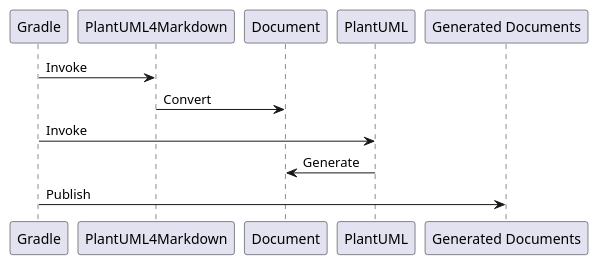
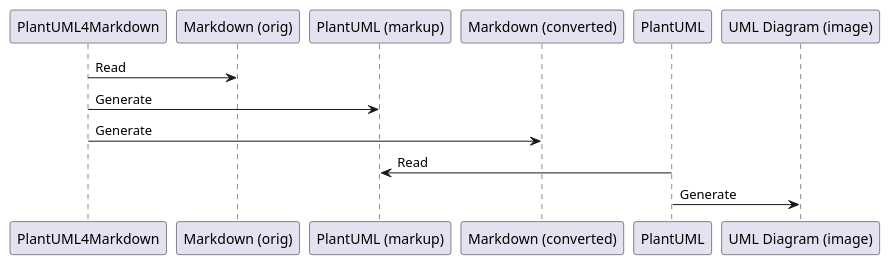
Before and after one commit to watermint/PlantUML4Markdown: the first of 6 diagrams in Documents/sample.md, drawn with PlantUML. The commit also changed other lines of this file and 20 other files, not shown here.

```diff
--- a/Documents/sample.md
+++ b/Documents/sample.md
@@ -3,7 +3,7 @@
 @startuml
-Gradle -> PlantUML4Markdown : Invoke
-PlantUML4Markdown -> Document : Convert
-Gradle -> PlantUML : Invoke
-PlantUML -> Document : Generate
-Gradle -> "Generated Documents" : Publish
+PlantUML4Markdown -> "Markdown (orig)" : Read
+PlantUML4Markdown -> "PlantUML (markup)" : Generate
+PlantUML4Markdown -> "Markdown (converted)" : Generate
+PlantUML -> "PlantUML (markup)" : Read
+PlantUML -> "UML Diagram (image)" : Generate
 @enduml
```
